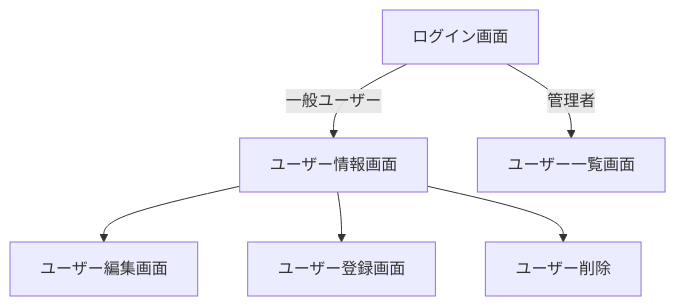
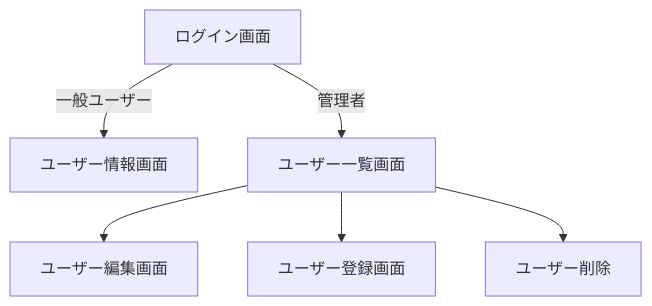
The diagram in 01_YoukenTeigi.md (Mihara-Yamato-com/training_yamato_app), drawn with Mermaid before and after one commit.

Commit message:
画面遷移修正

````diff
--- a/01_YoukenTeigi.md
+++ b/01_YoukenTeigi.md
@@ -111,12 +111,12 @@
 ```mermaid
 flowchart TD
 
     A[ログイン画面]
 
     A -->|一般ユーザー| B[ユーザー情報画面]
     A -->|管理者| C[ユーザー一覧画面]
 
-    B --> D[ユーザー編集画面]
-    B --> E[ユーザー登録画面]
-    B --> F[ユーザー削除]
+    C --> D[ユーザー編集画面]
+    C --> E[ユーザー登録画面]
+    C --> F[ユーザー削除]
 ```
````
